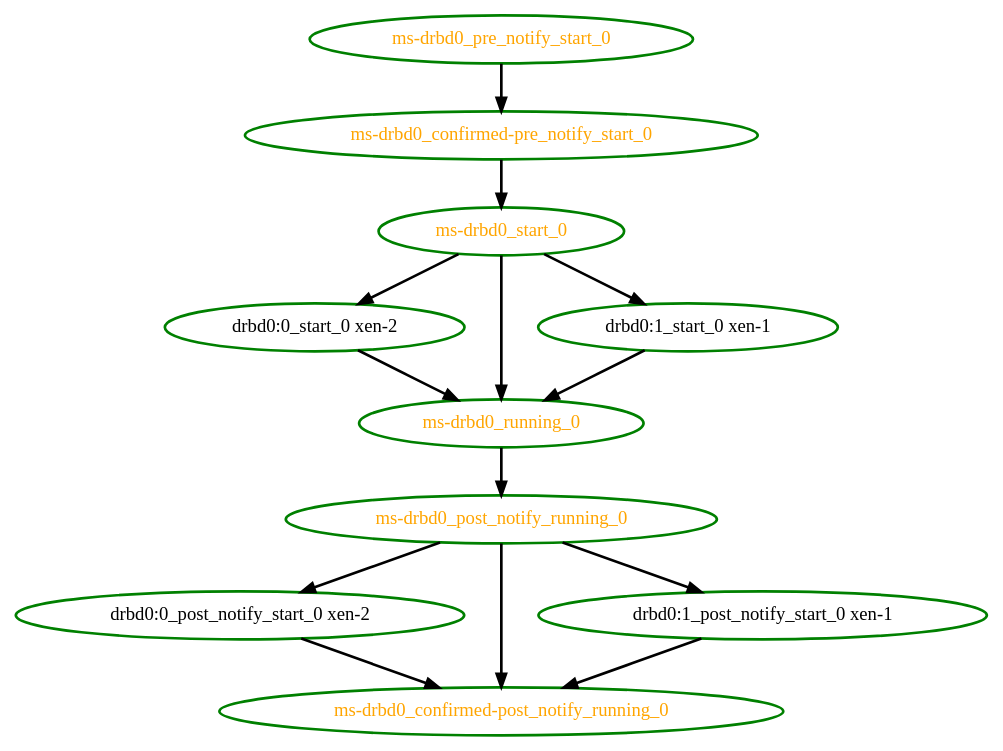
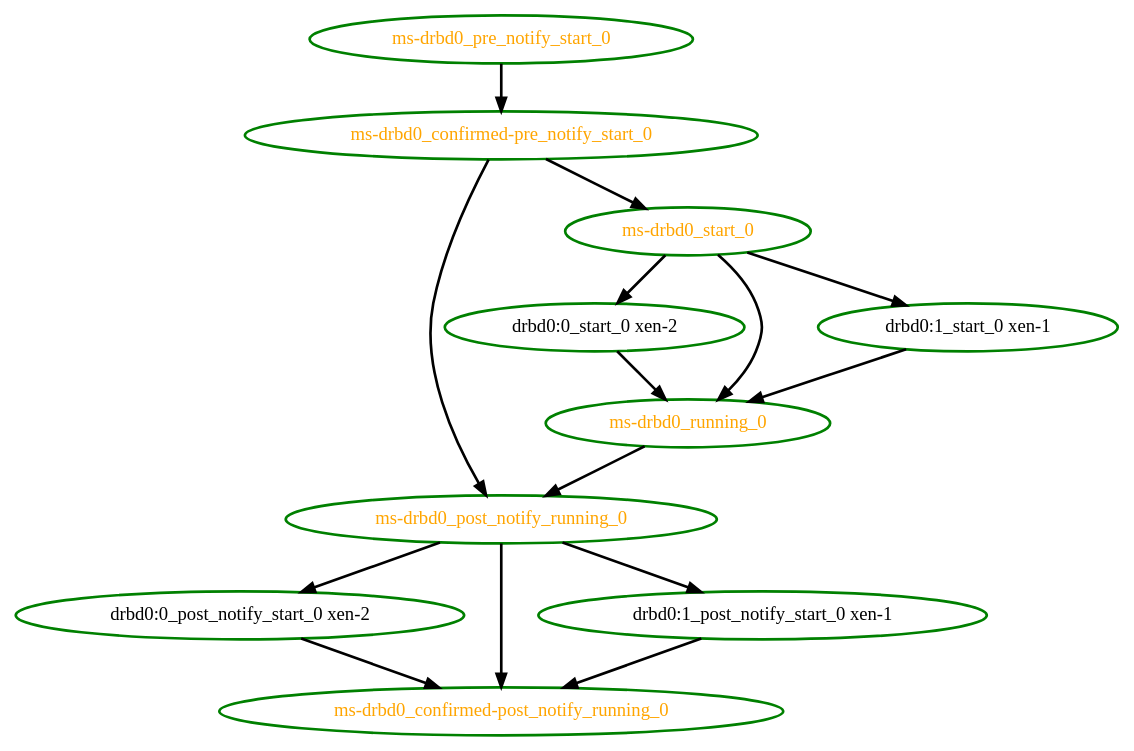
Before and after one commit to linux-ha-japan/pm_diskd: the diagram in pengine/test10/novell-239079.dot, drawn with Graphviz. The commit also changed 54 other files, not shown here.

Commit message:
Low: PE: Ensure the relative ordering of pre and post notifications

```diff
--- a/pengine/test10/novell-239079.dot
+++ b/pengine/test10/novell-239079.dot
@@ -1,25 +1,26 @@
  digraph "g" {
 "drbd0:0_post_notify_start_0 xen-2" -> "ms-drbd0_confirmed-post_notify_running_0" [ style = bold]
 "drbd0:0_post_notify_start_0 xen-2" [ style=bold color="green" fontcolor="black"  ]
 "drbd0:0_start_0 xen-2" -> "ms-drbd0_running_0" [ style = bold]
 "drbd0:0_start_0 xen-2" [ style=bold color="green" fontcolor="black"  ]
 "drbd0:1_post_notify_start_0 xen-1" -> "ms-drbd0_confirmed-post_notify_running_0" [ style = bold]
 "drbd0:1_post_notify_start_0 xen-1" [ style=bold color="green" fontcolor="black"  ]
 "drbd0:1_start_0 xen-1" -> "ms-drbd0_running_0" [ style = bold]
 "drbd0:1_start_0 xen-1" [ style=bold color="green" fontcolor="black"  ]
 "ms-drbd0_confirmed-post_notify_running_0" [ style=bold color="green" fontcolor="orange"  ]
+"ms-drbd0_confirmed-pre_notify_start_0" -> "ms-drbd0_post_notify_running_0" [ style = bold]
 "ms-drbd0_confirmed-pre_notify_start_0" -> "ms-drbd0_start_0" [ style = bold]
 "ms-drbd0_confirmed-pre_notify_start_0" [ style=bold color="green" fontcolor="orange"  ]
 "ms-drbd0_post_notify_running_0" -> "drbd0:0_post_notify_start_0 xen-2" [ style = bold]
 "ms-drbd0_post_notify_running_0" -> "drbd0:1_post_notify_start_0 xen-1" [ style = bold]
 "ms-drbd0_post_notify_running_0" -> "ms-drbd0_confirmed-post_notify_running_0" [ style = bold]
 "ms-drbd0_post_notify_running_0" [ style=bold color="green" fontcolor="orange"  ]
 "ms-drbd0_pre_notify_start_0" -> "ms-drbd0_confirmed-pre_notify_start_0" [ style = bold]
 "ms-drbd0_pre_notify_start_0" [ style=bold color="green" fontcolor="orange"  ]
 "ms-drbd0_running_0" -> "ms-drbd0_post_notify_running_0" [ style = bold]
 "ms-drbd0_running_0" [ style=bold color="green" fontcolor="orange"  ]
 "ms-drbd0_start_0" -> "drbd0:0_start_0 xen-2" [ style = bold]
 "ms-drbd0_start_0" -> "drbd0:1_start_0 xen-1" [ style = bold]
 "ms-drbd0_start_0" -> "ms-drbd0_running_0" [ style = bold]
 "ms-drbd0_start_0" [ style=bold color="green" fontcolor="orange"  ]
 }
```
